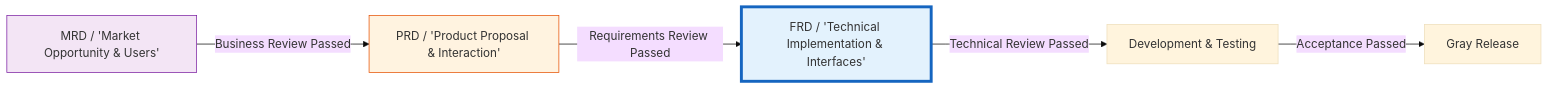
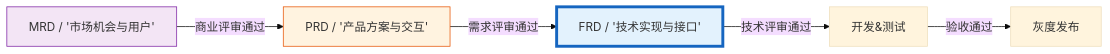
The first of 11 diagrams in templates/Product/Product/Template-FRD.md (Kirky-X/cangjie), drawn with Mermaid (base theme) before and after one commit. The commit also changed other lines of this file and 33 other files, not shown here.

````diff
--- a/templates/Product/Product/Template-FRD.md
+++ b/templates/Product/Product/Template-FRD.md
@@ -31,11 +31,11 @@
 ```mermaid
 graph LR
-    A[MRD / 'Market Opportunity & Users'] -->|Business Review Passed| B[PRD / 'Product Proposal & Interaction']
-    B -->|Requirements Review Passed| C[FRD / 'Technical Implementation & Interfaces']
-    C -->|Technical Review Passed| D[Development & Testing]
-    D -->|Acceptance Passed| E[Gray Release]
+    A[MRD / '市场机会与用户'] -->|商业评审通过| B[PRD / '产品方案与交互']
+    B -->|需求评审通过| C[FRD / '技术实现与接口']
+    C -->|技术评审通过| D[开发&测试]
+    D -->|验收通过| E[灰度发布]
 
     style C fill:#e3f2fd,stroke:#1565c0,stroke-width:4px
     style B fill:#fff3e0,stroke:#e65100
     style A fill:#f3e5f5,stroke:#7b1fa2
 ```
````
